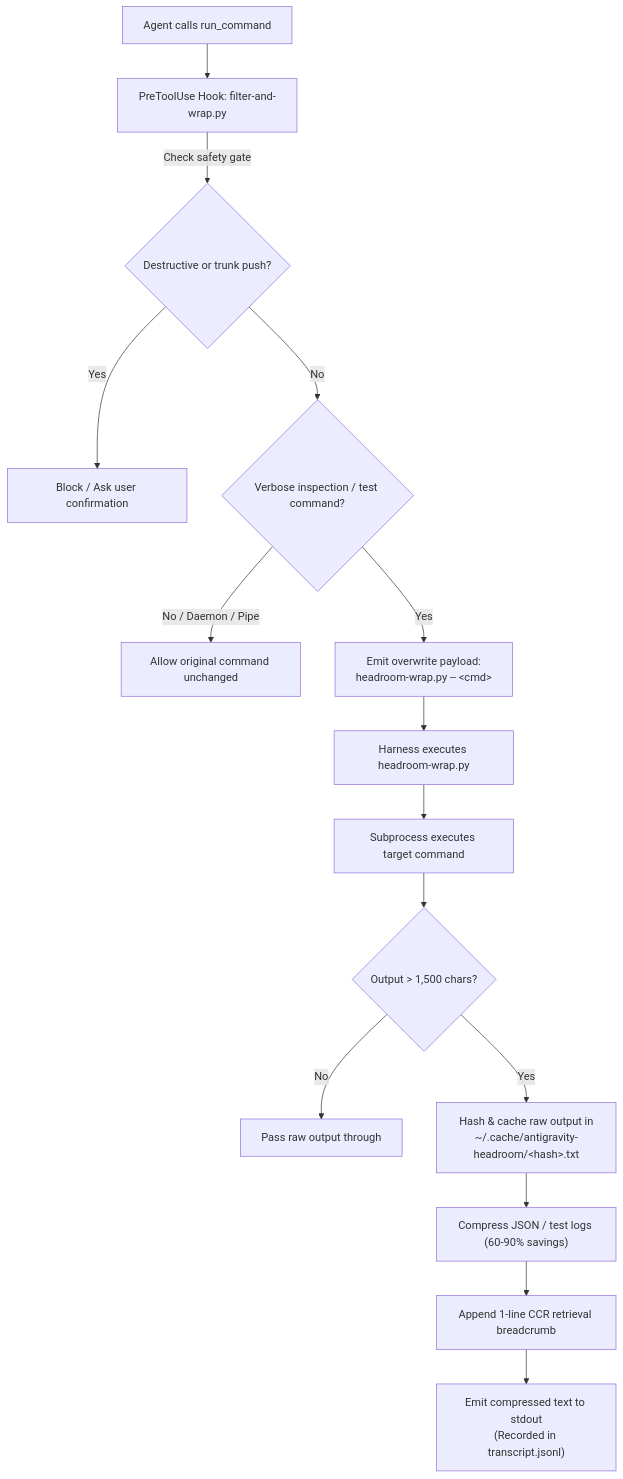
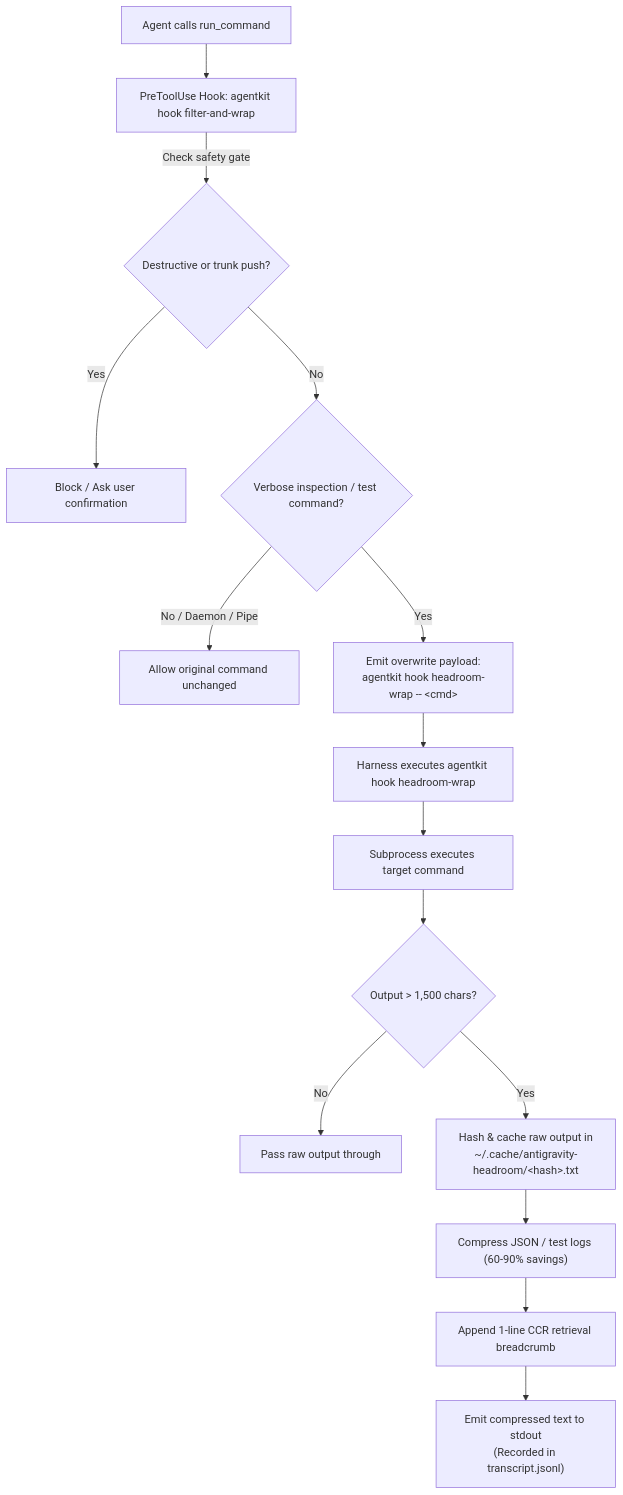
The diagram in docs/plugins-and-hooks-guide.md (Cooper-Wallace/agentkit), drawn with Mermaid before and after one commit. The commit also changed other lines of this file and 23 other files, not shown here.

````diff
--- a/docs/plugins-and-hooks-guide.md
+++ b/docs/plugins-and-hooks-guide.md
@@ -65,17 +65,17 @@
 ```mermaid
 flowchart TD
-    A["Agent calls run_command"] --> B["PreToolUse Hook: filter-and-wrap.py"]
+    A["Agent calls run_command"] --> B["PreToolUse Hook: agentkit hook filter-and-wrap"]
     B -->|Check safety gate| C{Destructive or trunk push?}
     C -->|Yes| D["Block / Ask user confirmation"]
     C -->|No| E{Verbose inspection / test command?}
     E -->|No / Daemon / Pipe| F["Allow original command unchanged"]
-    E -->|Yes| G["Emit overwrite payload:<br/>headroom-wrap.py -- &lt;cmd&gt;"]
-    G --> H["Harness executes headroom-wrap.py"]
+    E -->|Yes| G["Emit overwrite payload:<br/>agentkit hook headroom-wrap -- &lt;cmd&gt;"]
+    G --> H["Harness executes agentkit hook headroom-wrap"]
     H --> I["Subprocess executes target command"]
     I --> J{Output &gt; 1,500 chars?}
     J -->|No| K["Pass raw output through"]
     J -->|Yes| L["Hash & cache raw output in<br/>~/.cache/antigravity-headroom/&lt;hash&gt;.txt"]
     L --> M["Compress JSON / test logs (60-90% savings)"]
     M --> N["Append 1-line CCR retrieval breadcrumb"]
     N --> O["Emit compressed text to stdout<br/>(Recorded in transcript.jsonl)"]
 ```
````
